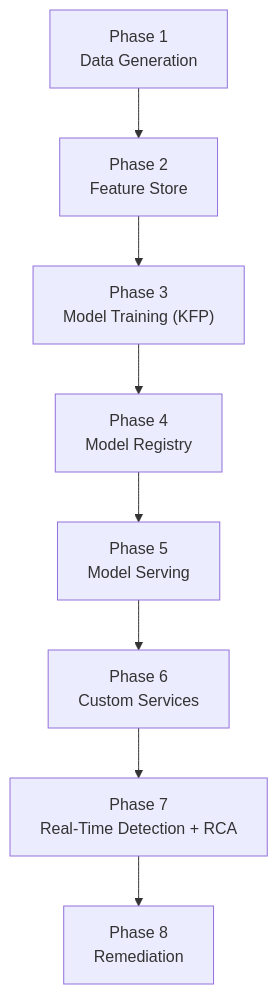
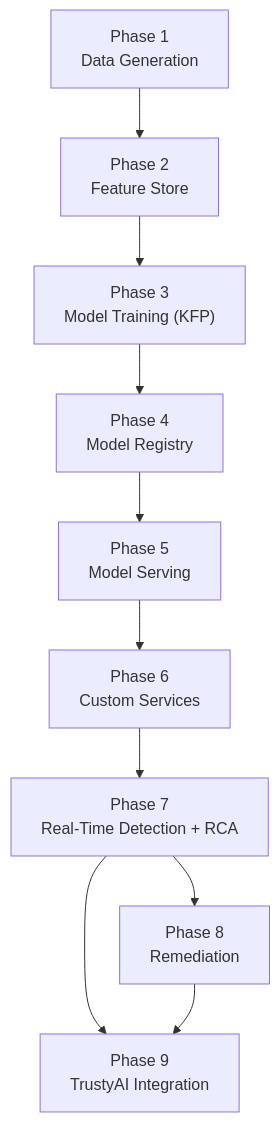
Before and after one commit to rh-telco-tigers/Autonomous-Network-Intelligence-Anomaly-Detection-with-Red-Hat-OpenShift-AI: the diagram in docs/architecture/README.md, drawn with Mermaid. The commit also changed other lines of this file and 2 other files, not shown here.

Commit message:
Add TrustyAI phase architecture overview

````diff
--- a/docs/architecture/README.md
+++ b/docs/architecture/README.md
@@ -7,10 +7,12 @@
 ```mermaid
 flowchart TD
   P1["Phase 1<br/>Data Generation"] --> P2["Phase 2<br/>Feature Store"]
   P2 --> P3["Phase 3<br/>Model Training (KFP)"]
   P3 --> P4["Phase 4<br/>Model Registry"]
   P4 --> P5["Phase 5<br/>Model Serving"]
   P5 --> P6["Phase 6<br/>Custom Services"]
   P6 --> P7["Phase 7<br/>Real-Time Detection + RCA"]
   P7 --> P8["Phase 8<br/>Remediation"]
+  P7 --> P9["Phase 9<br/>TrustyAI Integration"]
+  P8 --> P9
 ```
````
